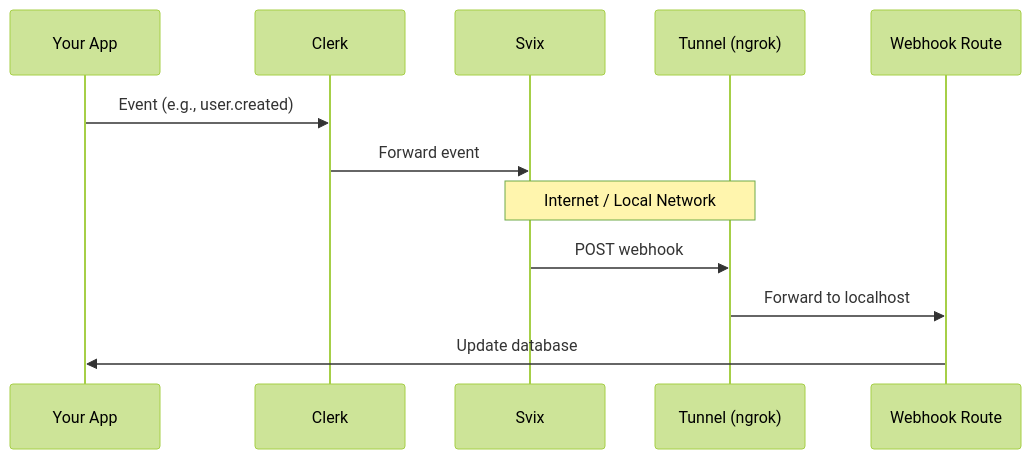
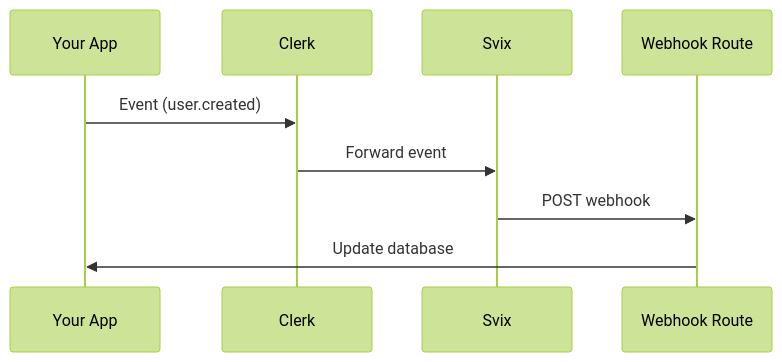
Before and after one commit to clerk/skills: the diagram in plugins/clerk/skills/webhook-sync/SKILL.md, drawn with Mermaid (forest theme). The commit also changed other lines of this file and 8 other files, not shown here.

````diff
--- a/plugins/clerk/skills/webhook-sync/SKILL.md
+++ b/plugins/clerk/skills/webhook-sync/SKILL.md
@@ -41,15 +47,12 @@
 ```mermaid
 sequenceDiagram
     participant App as Your App
     participant Clerk as Clerk
     participant Svix as Svix
-    participant Tunnel as Tunnel (ngrok)
     participant Route as Webhook Route
 
-    App->>Clerk: Event (e.g., user.created)
+    App->>Clerk: Event (user.created)
     Clerk->>Svix: Forward event
-    Note over Svix,Tunnel: Internet / Local Network
-    Svix->>Tunnel: POST webhook
-    Tunnel->>Route: Forward to localhost
+    Svix->>Route: POST webhook
     Route->>App: Update database
 ```
````
